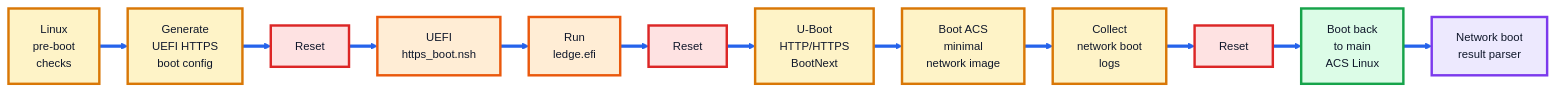
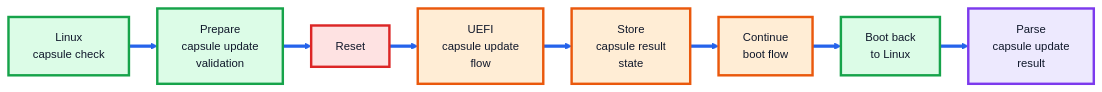
One commit to manjunath3divakar/arm-systemready changed the fifth of 8 diagrams in docs/systemredy_devicetree_band_flow.md. Above: the diagram before and after it, drawn with Mermaid. The commit also changed other lines of this file, not shown here.

First line of the commit message:
Refactor SystemReady Devicetree Band flow documentation

````diff
--- a/docs/systemredy_devicetree_band_flow.md
+++ b/docs/systemredy_devicetree_band_flow.md
@@ -268,49 +265,42 @@
 ```mermaid
 %%{init: {
   "theme": "base",
   "flowchart": {
     "curve": "linear",
     "nodeSpacing": 25,
     "rankSpacing": 35
   },
   "themeVariables": {
     "fontFamily": "Arial",
     "fontSize": "14px",
     "primaryBorderColor": "#0f172a",
     "lineColor": "#2563eb",
     "tertiaryColor": "#ffffff"
   }
 }}%%
 
 flowchart LR
 
     linkStyle default stroke:#2563eb,stroke-width:4px;
 
-    A["Linux<br/>pre-boot<br/>checks"]
-    A --> B["Generate<br/>UEFI HTTPS<br/>boot config"]
+    A["Linux<br/>capsule check"]
+    A --> B["Prepare<br/>capsule update<br/>validation"]
     B --> R1["Reset"]
 
-    R1 --> C["UEFI<br/>https_boot.nsh"]
-    C --> D["Run<br/>ledge.efi"]
-    D --> R2["Reset"]
+    R1 --> C["UEFI<br/>capsule update<br/>flow"]
+    C --> D["Store<br/>capsule result<br/>state"]
+    D --> E["Continue<br/>boot flow"]
 
-    R2 --> E["U-Boot<br/>HTTP/HTTPS<br/>BootNext"]
-    E --> F["Boot ACS<br/>minimal<br/>network image"]
-    F --> G["Collect<br/>network boot<br/>logs"]
-    G --> R3["Reset"]
+    E --> F["Boot back<br/>to Linux"]
+    F --> G["Parse<br/>capsule update<br/>result"]
 
-    R3 --> H["Boot back<br/>to main<br/>ACS Linux"]
-    H --> I["Network boot<br/>result parser"]
-
-    classDef optional fill:#fef3c7,stroke:#d97706,stroke-width:3px,color:#0f172a;
+    classDef linux fill:#dcfce7,stroke:#16a34a,stroke-width:3px,color:#0f172a;
     classDef uefi fill:#ffedd5,stroke:#ea580c,stroke-width:3px,color:#0f172a;
     classDef reboot fill:#fee2e2,stroke:#dc2626,stroke-width:3px,color:#0f172a;
-    classDef linux fill:#dcfce7,stroke:#16a34a,stroke-width:3px,color:#0f172a;
     classDef result fill:#ede9fe,stroke:#7c3aed,stroke-width:3px,color:#0f172a;
 
-    class A,B,E,F,G optional;
-    class C,D uefi;
-    class R1,R2,R3 reboot;
-    class H linux;
-    class I result;
+    class A,B,F linux;
+    class C,D,E uefi;
+    class R1 reboot;
+    class G result;
 ```
````
